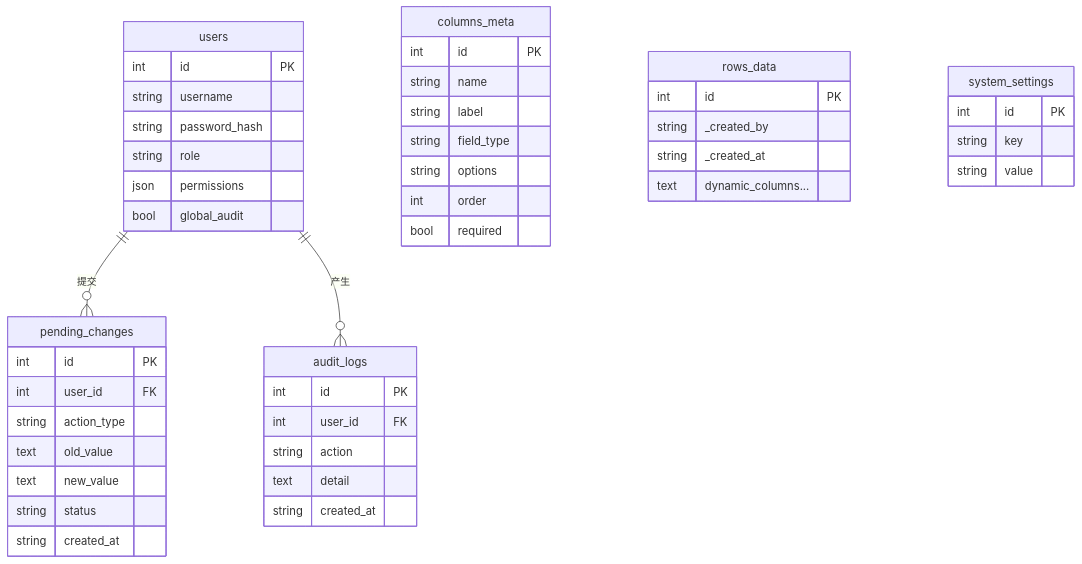
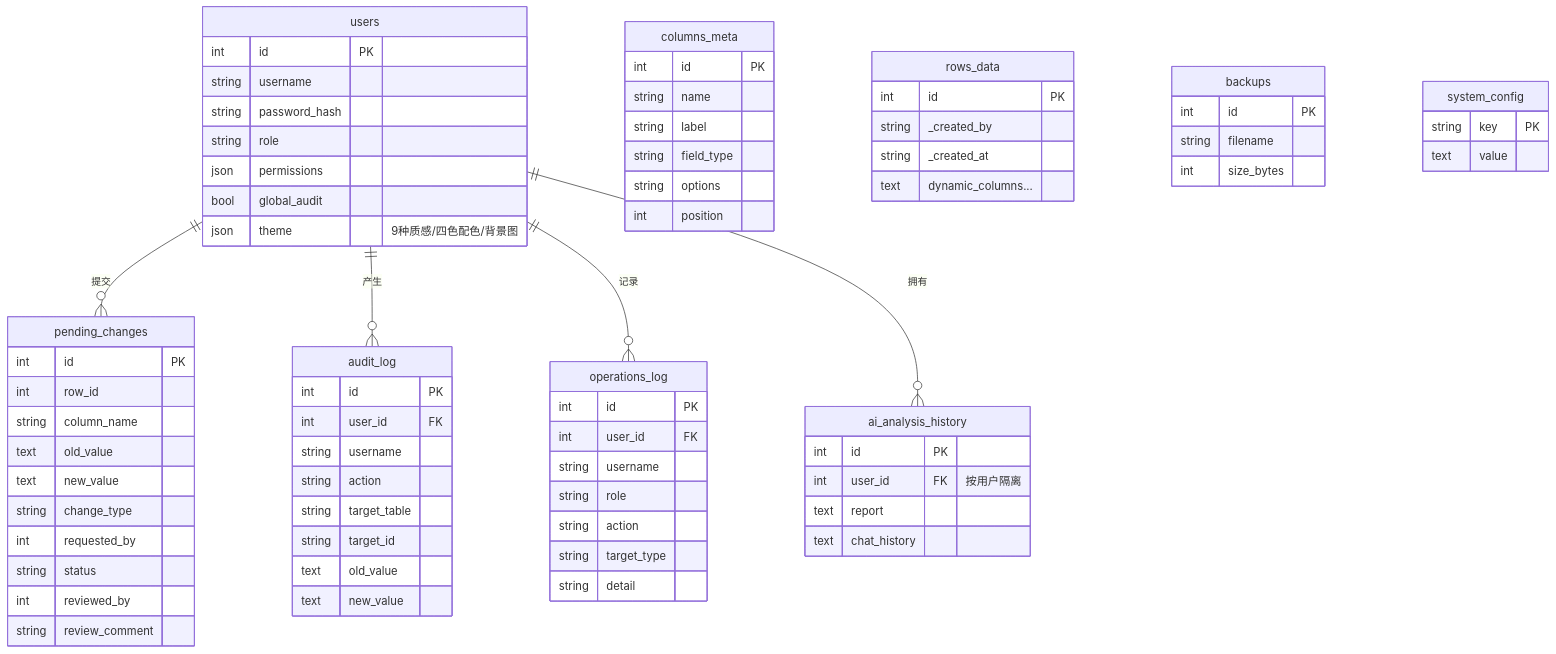
One commit to jincheng3870682453-hash/shujuku changed the fourth of 9 diagrams in 架构图.md. Above: the diagram before and after it, drawn with Mermaid. The commit also changed other lines of this file and 7 other files, not shown here.

````diff
--- a/架构图.md
+++ b/架构图.md
@@ -167,6 +184,7 @@
         string role
         json permissions
         bool global_audit
+        json theme "9种质感/四色配色/背景图"
     }
 
     columns_meta {
@@ -175,8 +193,7 @@
         string label
         string field_type
         string options
-        int order
-        bool required
+        int position
     }
 
     rows_data {
@@ -188,28 +205,58 @@
 
     pending_changes {
         int id PK
-        int user_id FK
-        string action_type
+        int row_id
+        string column_name
         text old_value
         text new_value
+        string change_type
+        int requested_by
         string status
-        string created_at
+        int reviewed_by
+        string review_comment
     }
 
-    audit_logs {
+    audit_log {
         int id PK
         int user_id FK
+        string username
         string action
-        text detail
-        string created_at
+        string target_table
+        string target_id
+        text old_value
+        text new_value
     }
 
-    system_settings {
+    operations_log {
         int id PK
-        string key
-        string value
+        int user_id FK
+        string username
+        string role
+        string action
+        string target_type
+        string detail
+    }
+
+    backups {
+        int id PK
+        string filename
+        int size_bytes
+    }
+
+    system_config {
+        string key PK
+        text value
+    }
+
+    ai_analysis_history {
+        int id PK
+        int user_id FK "按用户隔离"
+        text report
+        text chat_history
     }
 
     users ||--o{ pending_changes : "提交"
-    users ||--o{ audit_logs : "产生"
+    users ||--o{ audit_log : "产生"
+    users ||--o{ operations_log : "记录"
+    users ||--o{ ai_analysis_history : "拥有"
 ```
````
